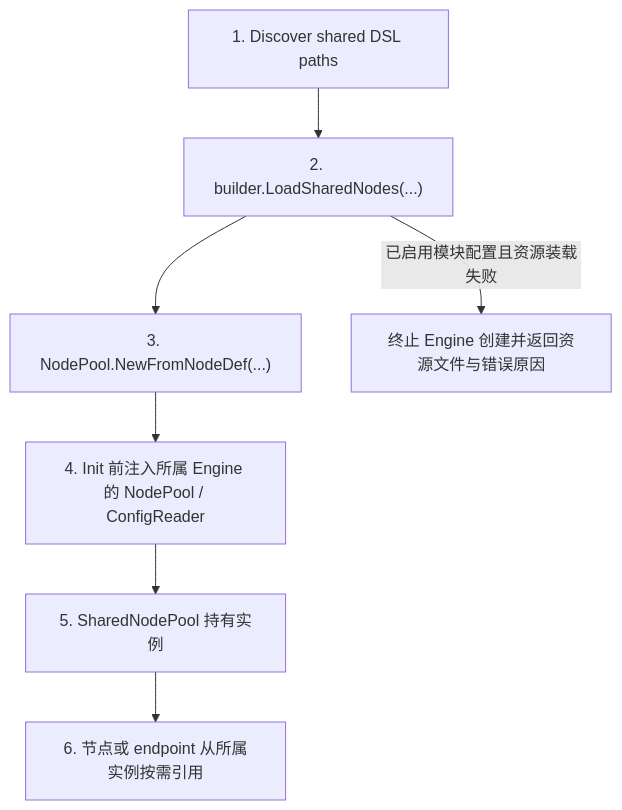
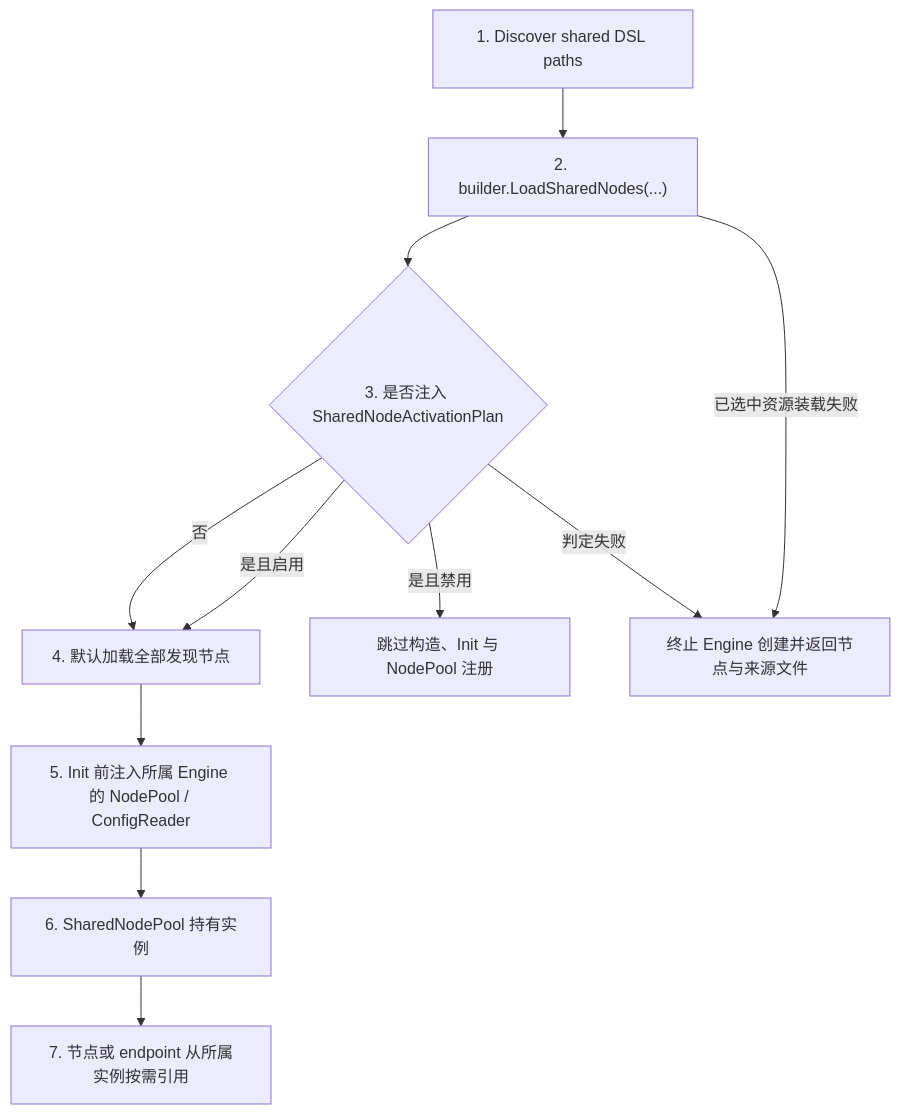
The diagram in docs/reference/15_shared_resource_management.md (neohetj/matrix), drawn with Mermaid before and after one commit. The commit also changed other lines of this file and 7 other files, not shown here.

First line of the commit message:
fix(config): Activate shared nodes on demand

````diff
--- a/docs/reference/15_shared_resource_management.md
+++ b/docs/reference/15_shared_resource_management.md
@@ -46,9 +46,13 @@
 ```mermaid
 flowchart TD
     discover["1. Discover shared DSL paths"] --> load["2. builder.LoadSharedNodes(...)"]
-    load --> pool["3. NodePool.NewFromNodeDef(...)"]
-    pool --> inject["4. Init 前注入所属 Engine 的 NodePool / ConfigReader"]
-    inject --> ready["5. SharedNodePool 持有实例"]
-    ready --> runtime["6. 节点或 endpoint 从所属实例按需引用"]
-    load -->|已启用模块配置且资源装载失败| abort["终止 Engine 创建并返回资源文件与错误原因"]
+    load --> plan{"3. 是否注入 SharedNodeActivationPlan"}
+    plan -->|否| pool["4. 默认加载全部发现节点"]
+    plan -->|是且启用| pool
+    plan -->|是且禁用| skip["跳过构造、Init 与 NodePool 注册"]
+    plan -->|判定失败| abort["终止 Engine 创建并返回节点与来源文件"]
+    pool --> inject["5. Init 前注入所属 Engine 的 NodePool / ConfigReader"]
+    inject --> ready["6. SharedNodePool 持有实例"]
+    ready --> runtime["7. 节点或 endpoint 从所属实例按需引用"]
+    load -->|已选中资源装载失败| abort
 ```
````
